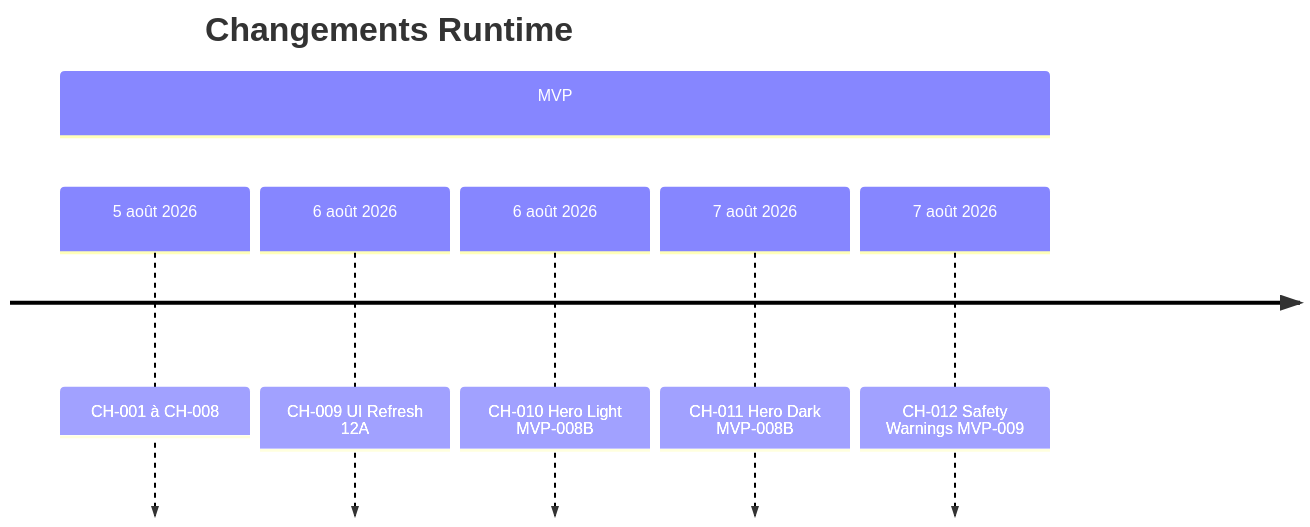
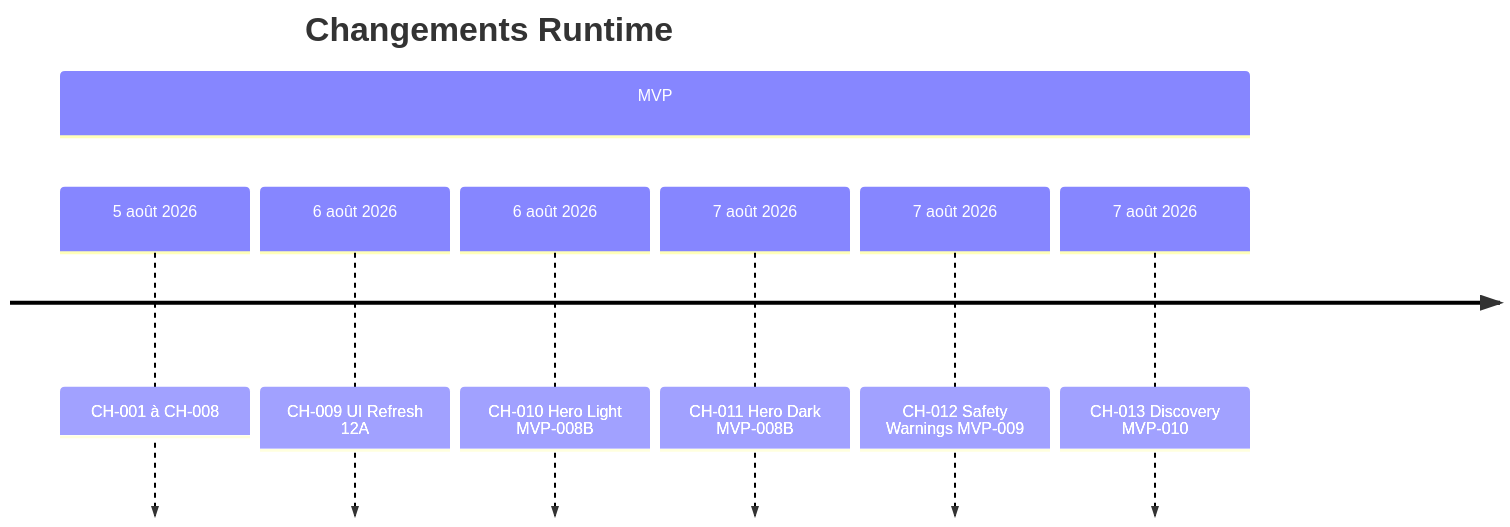
Before and after one commit to JavaChrist/Tai-Chi-AI-Coach: the diagram in docs/runtime/17_CHANGE_HISTORY.md, drawn with Mermaid. The commit also changed other lines of this file and 17 other files, not shown here.

First line of the commit message:
feat(discovery): complete MVP-010 Tai Chi introduction

````diff
--- a/docs/runtime/17_CHANGE_HISTORY.md
+++ b/docs/runtime/17_CHANGE_HISTORY.md
@@ -47,10 +48,11 @@
 ```mermaid
 timeline
   title Changements Runtime
   section MVP
     5 août 2026 : CH-001 à CH-008
     6 août 2026 : CH-009 UI Refresh 12A
     6 août 2026 : CH-010 Hero Light MVP-008B
     7 août 2026 : CH-011 Hero Dark MVP-008B
     7 août 2026 : CH-012 Safety Warnings MVP-009
+    7 août 2026 : CH-013 Discovery MVP-010
 ```
````
